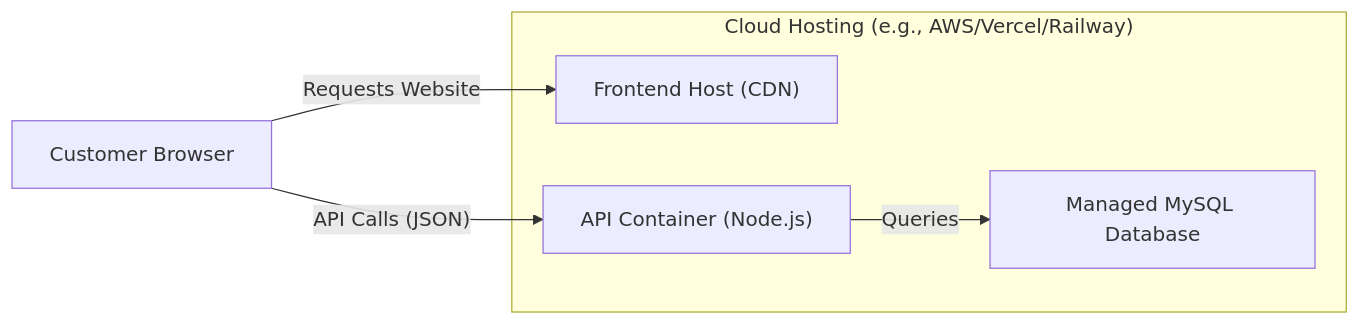
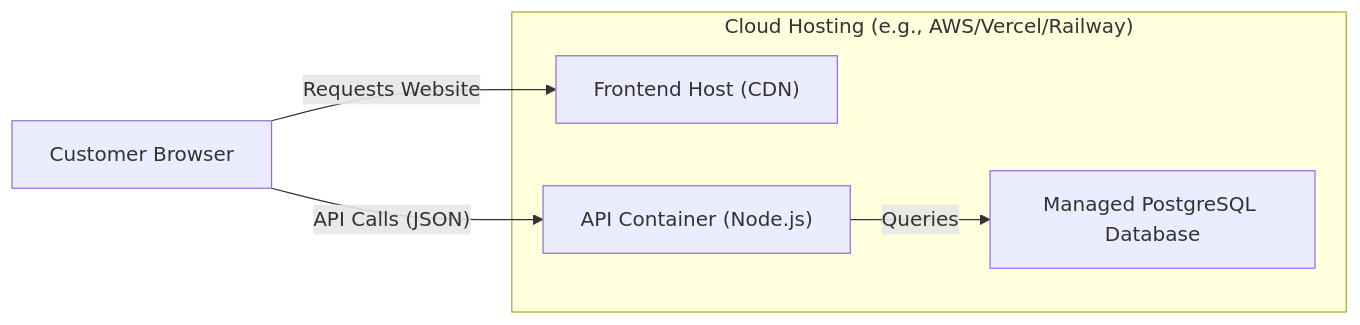
Before and after one commit to mrodriguezul/cti-adp-software: the second of 3 diagrams in e-commerce/doc/README.md, drawn with Mermaid. The commit also changed other lines of this file and 6 other files, not shown here.

Commit message:
Update documentation to reflect PostgreSQL database integration across various files

````diff
--- a/e-commerce/doc/README.md
+++ b/e-commerce/doc/README.md
@@ -190,12 +190,12 @@
 ```mermaid
 graph LR
     subgraph "Cloud Hosting (e.g., AWS/Vercel/Railway)"
         CDN["Frontend Host (CDN)"]
         APIServer["API Container (Node.js)"]
-        DBServer["Managed MySQL Database"]
+        DBServer["Managed PostgreSQL Database"]
     end
 
     User["Customer Browser"] -->|Requests Website| CDN
     User -->|"API Calls (JSON)"| APIServer
     APIServer -->|Queries| DBServer
 ```
````
